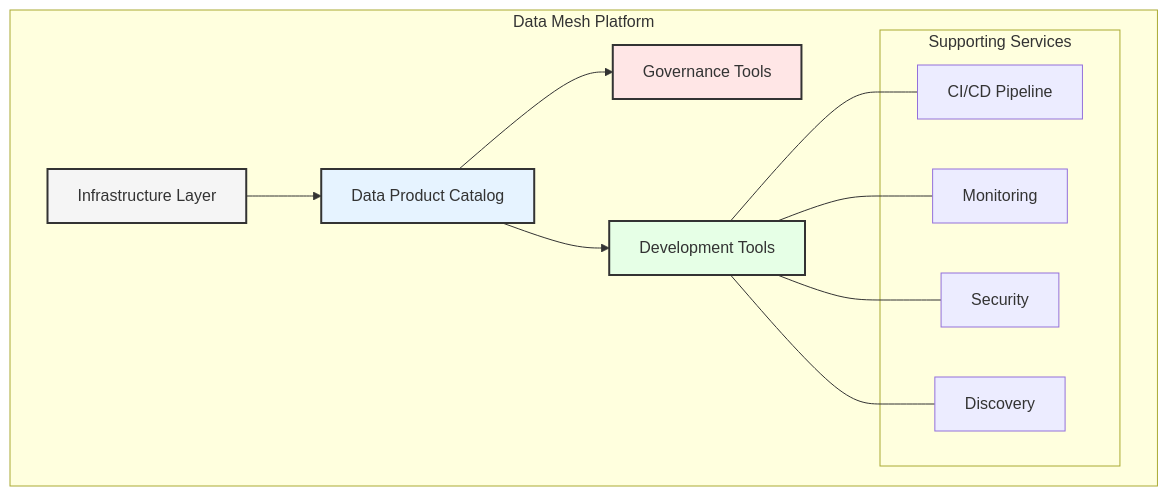
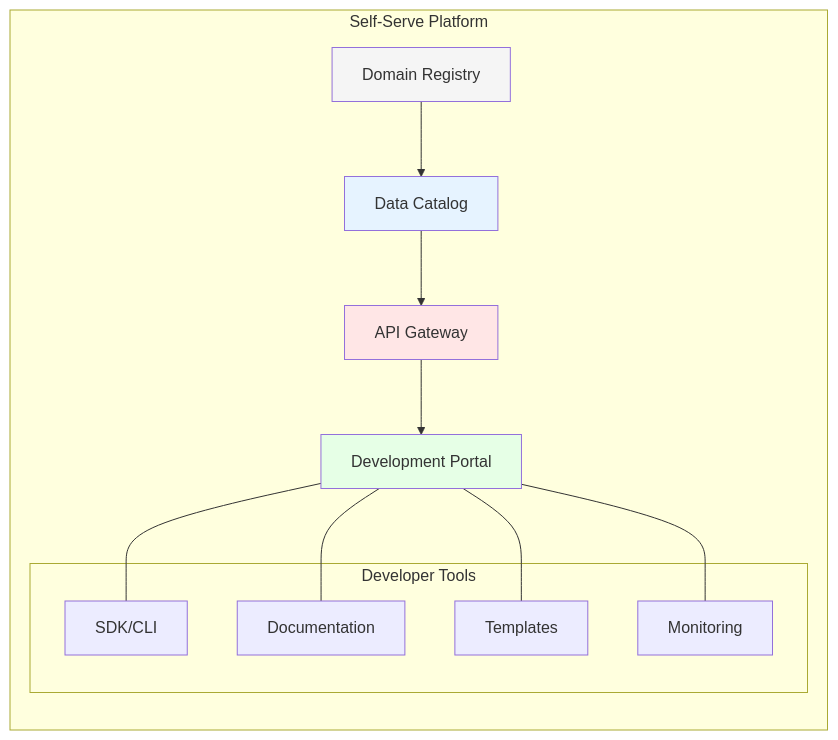
The fourth of 6 diagrams in enterprise_data_architecture/chapters/03_data_mesh.md (data-octo/agentic_ai_research), drawn with Mermaid before and after one commit. The commit also changed other lines of this file and 11 other files, not shown here.

````diff
--- a/enterprise_data_architecture/chapters/03_data_mesh.md
+++ b/enterprise_data_architecture/chapters/03_data_mesh.md
@@ -135,30 +124,25 @@
 ```mermaid
-graph TB
-    subgraph "Data Mesh Platform"
-        A[Infrastructure Layer]
-        B[Data Product Catalog]
-        C[Governance Tools]
-        D[Development Tools]
+graph LR
+    subgraph "Self-Serve Platform"
+        A[Domain Registry] --> B[Data Catalog]
+        B --> C[API Gateway]
+        C --> D[Development Portal]
         
-        A --> B
-        B --> C
-        B --> D
-        
-        subgraph "Supporting Services"
-            E[CI/CD Pipeline]
-            F[Monitoring]
-            G[Security]
-            H[Discovery]
+        subgraph "Developer Tools"
+            E[SDK/CLI]
+            F[Documentation]
+            G[Templates]
+            H[Monitoring]
         end
         
         D --- E
         D --- F
         D --- G
         D --- H
     end
     
-    style A fill:#f5f5f5,stroke:#333,stroke-width:2px
-    style B fill:#e6f3ff,stroke:#333,stroke-width:2px
-    style C fill:#ffe6e6,stroke:#333,stroke-width:2px
-    style D fill:#e6ffe6,stroke:#333,stroke-width:2px
+    style A fill:#f5f5f5
+    style B fill:#e6f3ff
+    style C fill:#ffe6e6
+    style D fill:#e6ffe6
 ```
````
